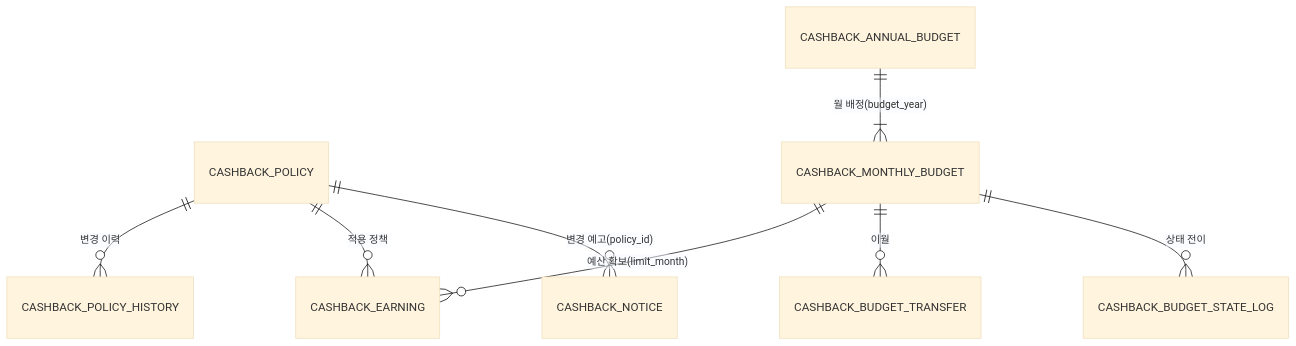
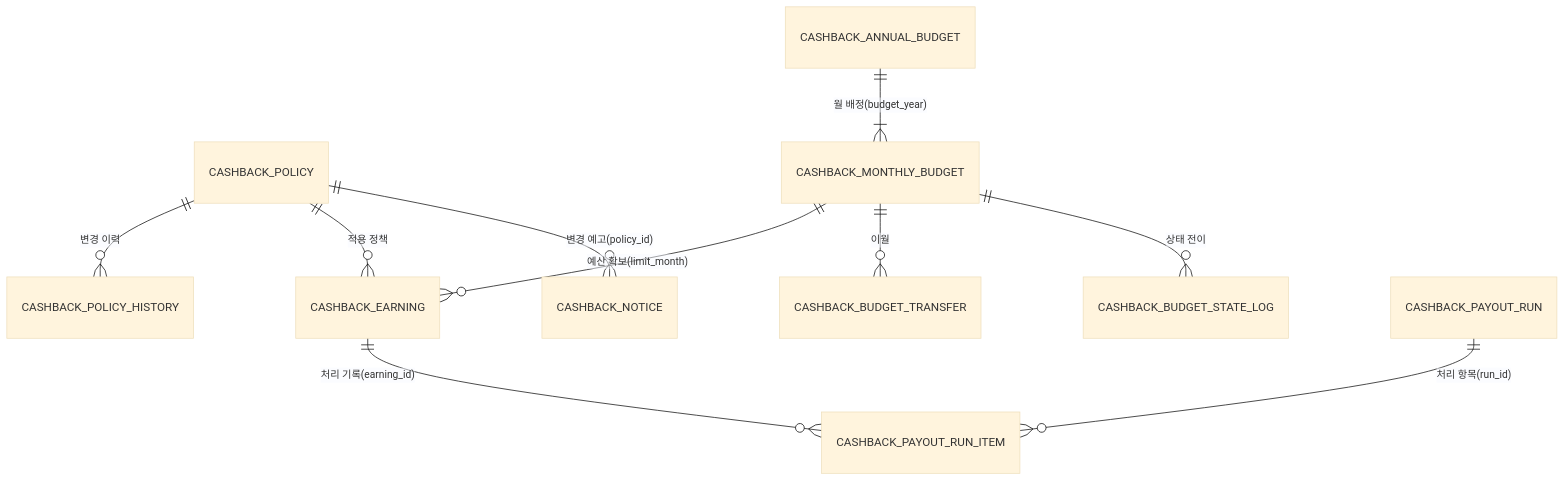
One commit to prgrms-be-devcourse/NBE12-14-final-HOT6 changed the diagram in docs/plan/cashback-mh-1118.md. Above: the diagram before and after it, drawn with Mermaid (base theme). The commit also changed other lines of this file, not shown here.

Commit message:
docs(cashback): 지급 배치 실행 기록 테이블과 화면을 기획서에 반영한다 (#259)

````diff
--- a/docs/plan/cashback-mh-1118.md
+++ b/docs/plan/cashback-mh-1118.md
@@ -268,10 +273,12 @@
 ```mermaid
 erDiagram
   CASHBACK_POLICY ||--o{ CASHBACK_POLICY_HISTORY : "변경 이력"
   CASHBACK_POLICY ||--o{ CASHBACK_EARNING : "적용 정책"
   CASHBACK_ANNUAL_BUDGET ||--|{ CASHBACK_MONTHLY_BUDGET : "월 배정(budget_year)"
   CASHBACK_MONTHLY_BUDGET ||--o{ CASHBACK_EARNING : "예산 확보(limit_month)"
   CASHBACK_MONTHLY_BUDGET ||--o{ CASHBACK_BUDGET_TRANSFER : "이월"
   CASHBACK_MONTHLY_BUDGET ||--o{ CASHBACK_BUDGET_STATE_LOG : "상태 전이"
   CASHBACK_POLICY ||--o{ CASHBACK_NOTICE : "변경 예고(policy_id)"
+  CASHBACK_PAYOUT_RUN ||--o{ CASHBACK_PAYOUT_RUN_ITEM : "처리 항목(run_id)"
+  CASHBACK_EARNING ||--o{ CASHBACK_PAYOUT_RUN_ITEM : "처리 기록(earning_id)"
 ```
````
